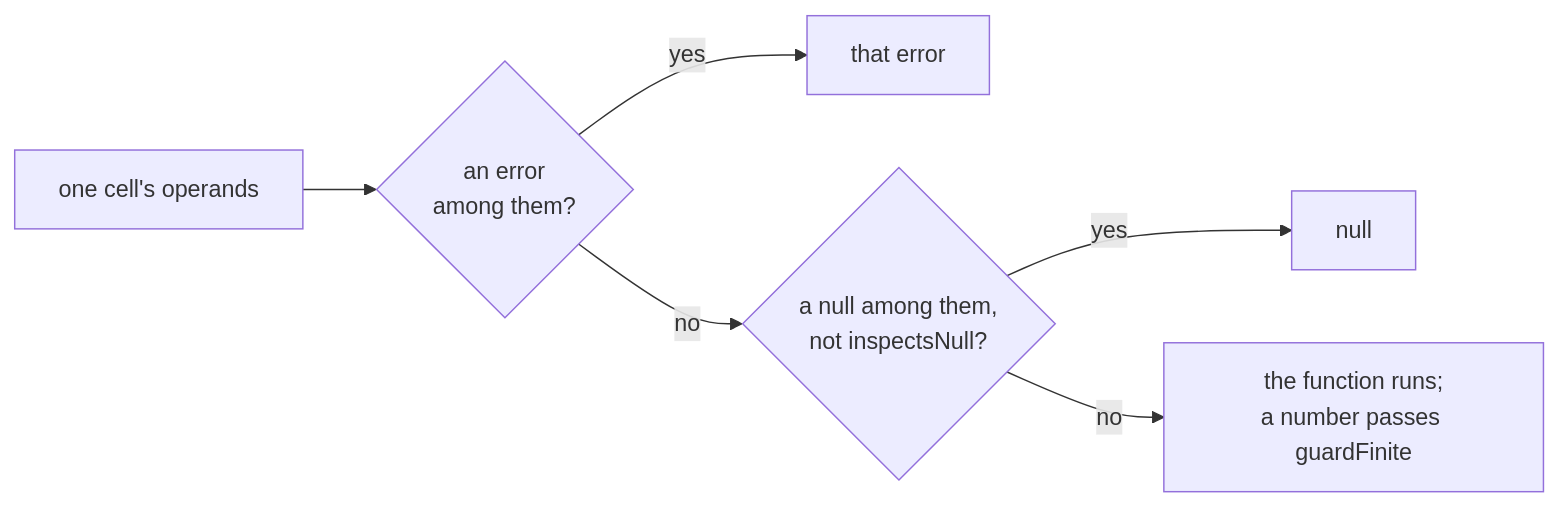
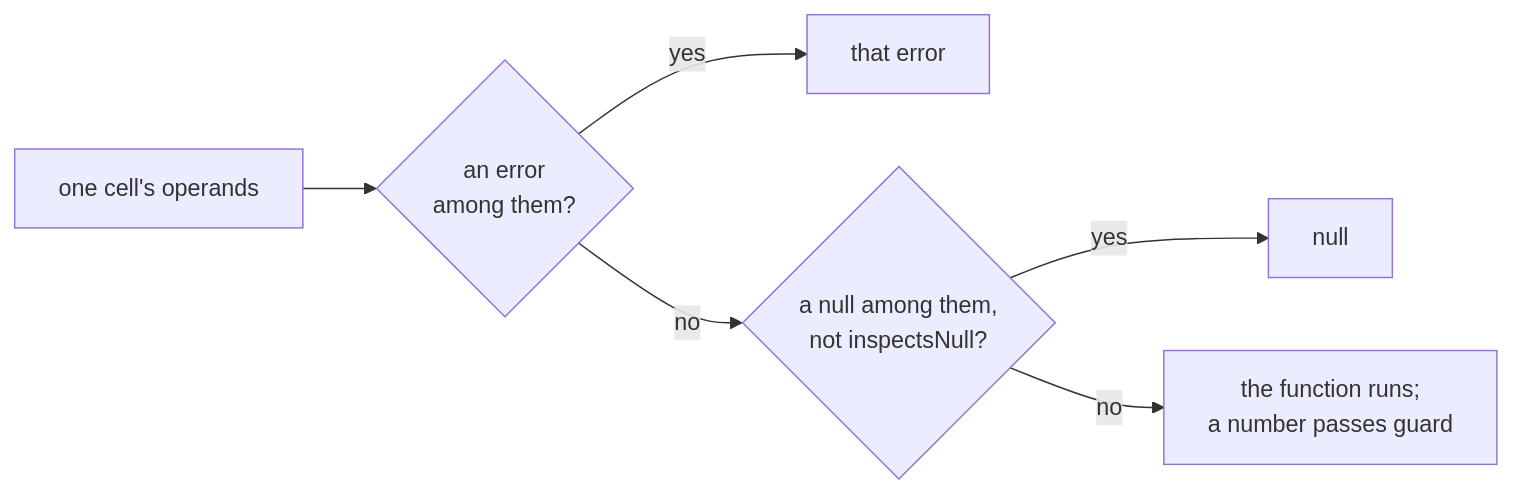
The fifth of 6 diagrams in tree/specs/computation/formula-language.md (bubba8587/solenoid), drawn with Mermaid before and after one commit. The commit also changed other lines of this file and 45 other files, not shown here.

````diff
--- a/tree/specs/computation/formula-language.md
+++ b/tree/specs/computation/formula-language.md
@@ -349,8 +349,8 @@
 ```mermaid
 flowchart LR
     cell["one cell's operands"] --> e{"an error<br>among them?"}
     e -->|yes| ea["that error"]
     e -->|no| n{"a null among them,<br>not inspectsNull?"}
     n -->|yes| na["null"]
-    n -->|no| run["the function runs;<br>a number passes guardFinite"]
+    n -->|no| run["the function runs;<br>a number passes guard"]
 ```
````
